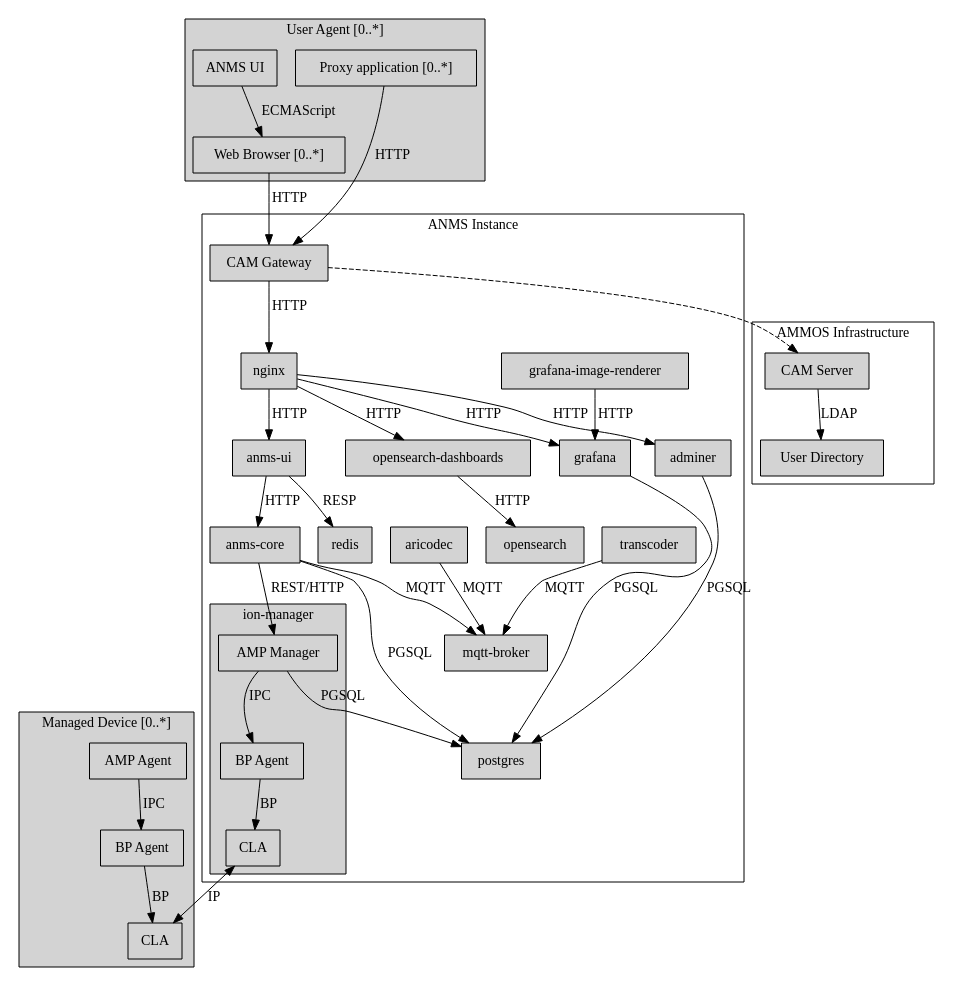
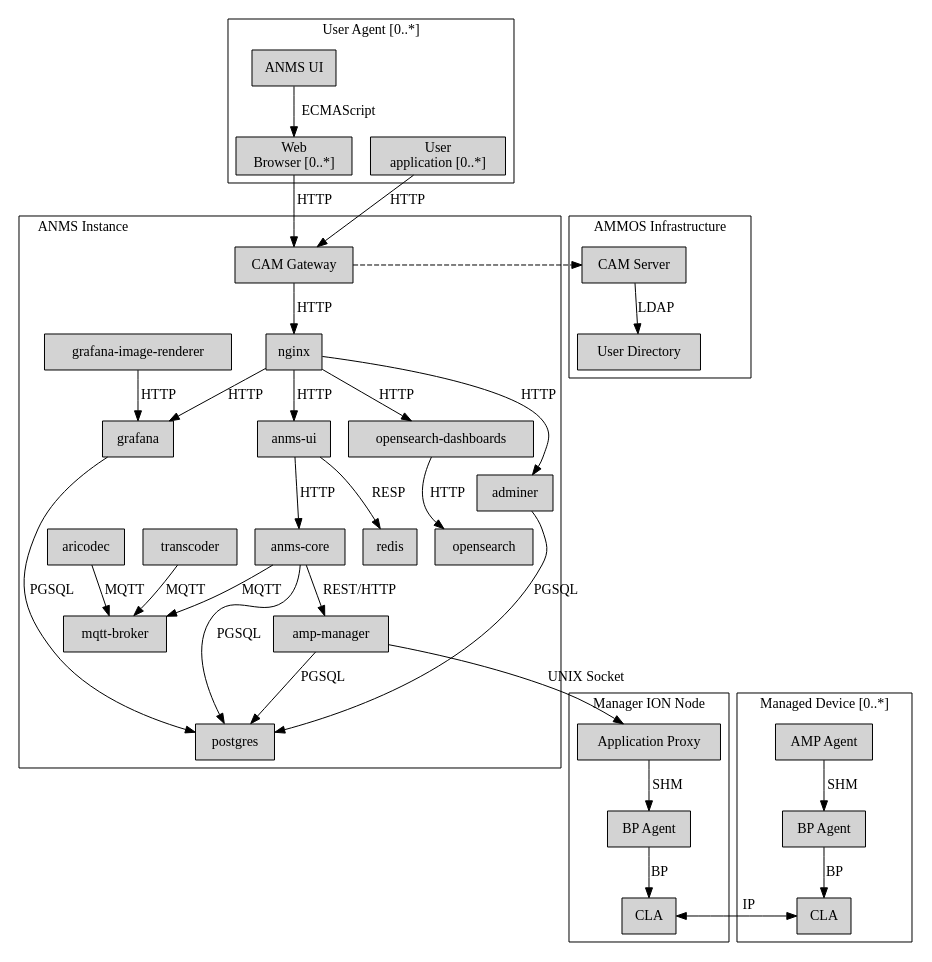
The diagram in product-guide/anms-components-protocol.gv (NASA-AMMOS/anms-docs), drawn with Graphviz before and after one commit. The commit also changed 2 other files, not shown here.

Commit message:
Reworking diagrams before light version

```diff
--- a/product-guide/anms-components-protocol.gv
+++ b/product-guide/anms-components-protocol.gv
@@ -1,93 +1,97 @@
 digraph AMMOS {
   node [shape=box,style=filled];
+  newrank=true;
 
   subgraph cluster_ANMS {
     label="ANMS Instance";
+    labeljust=l;
 
     authnz [label="CAM Gateway" group=main];
     nginx [group=main];
     authnz -> nginx [label="HTTP"];
     
     anms_ui [label="anms-ui" group=main];
     anms_core [label="anms-core" group=main];
     transcoder [label="transcoder"];
     aricodec [label="aricodec"];
     mqtt_broker [label="mqtt-broker"];
-    subgraph cluster_manager {
-      label="ion-manager";
-      style=filled;
-
-      amp_manager [label="AMP Manager"];
-      bp_manager [label="BP Agent"];
-      cla_manager [label="CLA"];
-      
-      amp_manager -> bp_manager [label="IPC"];
-      bp_manager -> cla_manager [label="BP"];
-    }
+    amp_manager [label="amp-manager", group=main];
     opensearch [label="opensearch"]
     opensearch_dash [label="opensearch-dashboards"];
 
     adminer;
     postgres;
     redis;
 
     nginx -> adminer [label="HTTP"];
     adminer -> postgres [label="PGSQL"];
     
     nginx -> opensearch_dash -> opensearch [label="HTTP"];
 
     nginx -> anms_ui -> anms_core [label="HTTP"];
     anms_ui -> redis [label="RESP"];
     anms_core -> postgres [label="PGSQL"];
     anms_core -> amp_manager [label="REST/HTTP"];
     anms_core -> mqtt_broker [label="MQTT"];
     transcoder -> mqtt_broker [label="MQTT"];
     aricodec -> mqtt_broker [label="MQTT"];
 
     amp_manager -> postgres [label="PGSQL"];
 
     grafana;
     grafana_image_renderer [label="grafana-image-renderer"];
     nginx -> grafana [label="HTTP"];
     grafana_image_renderer -> grafana [label="HTTP"];
     
     grafana -> postgres [label="PGSQL"];
   }
 
   subgraph cluster_infra {
     label="AMMOS Infrastructure";
 
     cam_server [label="CAM Server"];
     ldap_server [label="User Directory"];
     
     cam_server -> ldap_server [label="LDAP"];
   }
   authnz -> cam_server [style=dashed];
 
   subgraph cluster_user_agent {
     label="User Agent [0..*]";
-    style=filled;
 
     ui_runtime [label="ANMS UI" group=main];
-    browser [label="Web Browser [0..*]" group=main];
+    browser [label="Web\nBrowser [0..*]" group=main];
     ui_runtime -> browser [label="ECMAScript"];
     browser -> authnz [label="HTTP"];
 
-    proxy [label="Proxy application [0..*]"];
+    proxy [label="User\napplication [0..*]"];
     proxy -> authnz [label="HTTP"];
   }
   
+  subgraph cluster_ion {
+    label="Manager ION Node";
+
+    app_proxy [label="Application Proxy"];
+    bp_manager [label="BP Agent"];
+    cla_manager [label="CLA"];
+    
+    app_proxy -> bp_manager [label="SHM"];
+    bp_manager -> cla_manager [label="BP"];
+  }
+  amp_manager -> app_proxy [label="UNIX Socket"];
+
   subgraph cluster_agents {
     label="Managed Device [0..*]";
-    style=filled;
 
     amp_agent [label="AMP Agent"];
     bp_managed [label="BP Agent"];
     cla_managed [label="CLA"];
 
-    amp_agent -> bp_managed [label="IPC"];
+    amp_agent -> bp_managed [label="SHM"];
     bp_managed -> cla_managed [label="BP"];
   }
-  #bp_manager -> bp_managed [style=dashed dir=both];
-  cla_manager -> cla_managed [label="IP" dir=both];
+  cla_manager -> cla_managed [label="        IP",dir=both,constraint=false];
+  
+  { rank = same; authnz; cam_server; }
+  { rank = same; app_proxy; amp_agent; }
 }
```
